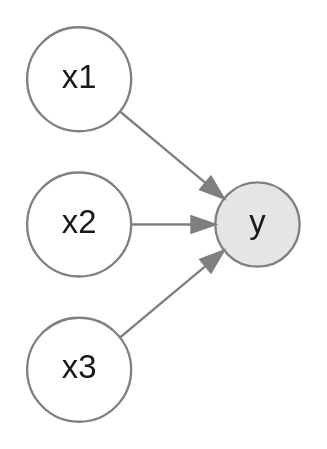
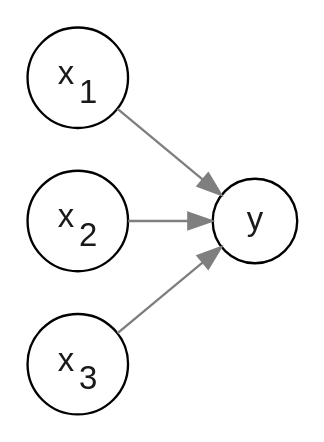
The diagram in scripts/SLiM.gv (m-clark/sem), drawn with Graphviz before and after one commit. The commit also changed 11 other files, not shown here.

```diff
--- a/scripts/SLiM.gv
+++ b/scripts/SLiM.gv
@@ -1,15 +1,15 @@
 digraph DAG {
 
-graph [rankdir = LR]
+graph [rankdir = LR ]
 
-node [shape = circle, style=filled, color=gray, fontcolor=gray10]
+node [shape = circle, fontcolor=gray10]
 
-node [fillcolor=white, fontname="Helvetica"]
-x1; x2; x3; 
+node [fontname="Helvetica"]
+x1 [label=<x<sub>1</sub>>]; x2 [label=<x<sub>2</sub>>]; x3 [label=<x<sub>3</sub>>]; 
 
 node [fillcolor=gray90]
 y;
 
 edge [color=gray50]
 x1 -> y; x2 -> y; x3 -> y;
 }
```
